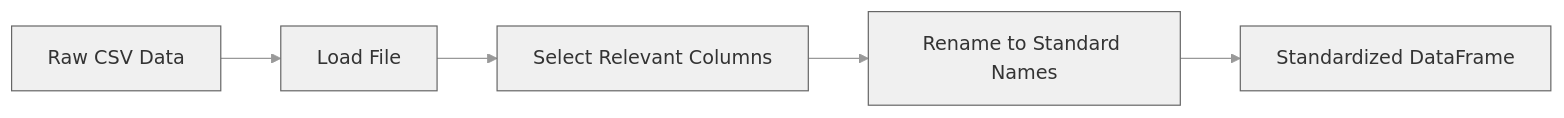
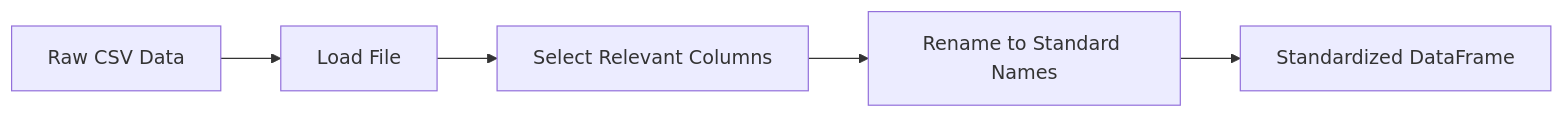
The second of 3 diagrams in docs/README.md (seanbf/tableGen), drawn with Mermaid before and after one commit. The commit also changed other lines of this file, not shown here.

````diff
--- a/docs/README.md
+++ b/docs/README.md
@@ -76,8 +79,7 @@
 ```mermaid
-%%{init: {'theme':'base', 'themeVariables': { 'primaryColor':'#f0f0f0', 'primaryTextColor':'#333', 'primaryBorderColor':'#666', 'lineColor':'#999', 'secondBkgColor':'#e8e8e8', 'tertiaryColor':'#fff'}}}%%
 graph LR
     CSV["Raw CSV Data"] --> LOAD["Load File"]
     LOAD --> SELECT["Select Relevant Columns"]
     SELECT --> RENAME["Rename to Standard Names"]
     RENAME --> DF["Standardized DataFrame"]
 ```
````
